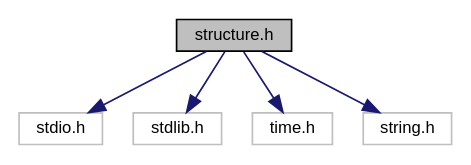
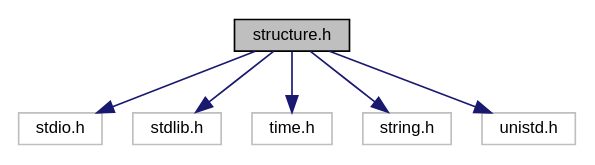
Before and after one commit to nehkowp/html: the diagram in structure_8h__incl.dot, drawn with Graphviz. The commit also changed 277 other files, not shown here.

```diff
--- a/structure_8h__incl.dot
+++ b/structure_8h__incl.dot
@@ -1,16 +1,18 @@
 digraph "structure.h"
 {
  // INTERACTIVE_SVG=YES
  // LATEX_PDF_SIZE
   edge [fontname="Helvetica",fontsize="10",labelfontname="Helvetica",labelfontsize="10"];
   node [fontname="Helvetica",fontsize="10",shape=record];
   Node1 [label="structure.h",height=0.2,width=0.4,color="black", fillcolor="grey75", style="filled", fontcolor="black",tooltip=" "];
   Node1 -> Node2 [color="midnightblue",fontsize="10",style="solid",fontname="Helvetica"];
   Node2 [label="stdio.h",height=0.2,width=0.4,color="grey75", fillcolor="white", style="filled",tooltip=" "];
   Node1 -> Node3 [color="midnightblue",fontsize="10",style="solid",fontname="Helvetica"];
   Node3 [label="stdlib.h",height=0.2,width=0.4,color="grey75", fillcolor="white", style="filled",tooltip=" "];
   Node1 -> Node4 [color="midnightblue",fontsize="10",style="solid",fontname="Helvetica"];
   Node4 [label="time.h",height=0.2,width=0.4,color="grey75", fillcolor="white", style="filled",tooltip=" "];
   Node1 -> Node5 [color="midnightblue",fontsize="10",style="solid",fontname="Helvetica"];
   Node5 [label="string.h",height=0.2,width=0.4,color="grey75", fillcolor="white", style="filled",tooltip=" "];
+  Node1 -> Node6 [color="midnightblue",fontsize="10",style="solid",fontname="Helvetica"];
+  Node6 [label="unistd.h",height=0.2,width=0.4,color="grey75", fillcolor="white", style="filled",tooltip=" "];
 }
```
